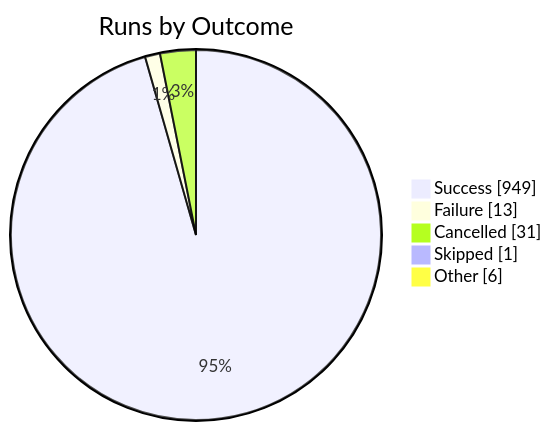
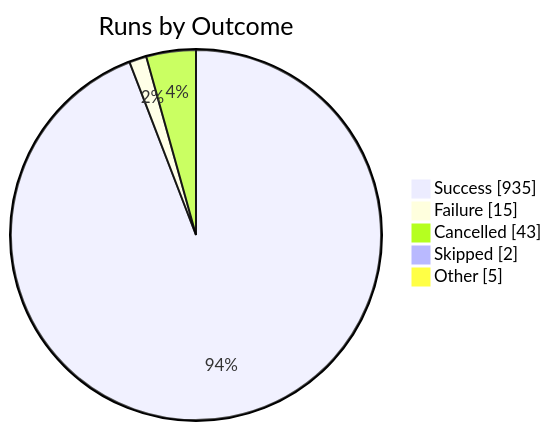
One commit to KBVE/kbve changed the first of 2 diagrams in apps/kbve/astro-kbve/src/content/docs/dashboard/ci-health.mdx. Above: the diagram before and after it, drawn with Mermaid. The commit also changed other lines of this file and 1 other file, not shown here.

````diff
--- a/apps/kbve/astro-kbve/src/content/docs/dashboard/ci-health.mdx
+++ b/apps/kbve/astro-kbve/src/content/docs/dashboard/ci-health.mdx
@@ -189,9 +189,9 @@
 ```mermaid
 pie showData
     title Runs by Outcome
-    "Success" : 949
-    "Failure" : 13
-    "Cancelled" : 31
-    "Skipped" : 1
-    "Other" : 6
+    "Success" : 935
+    "Failure" : 15
+    "Cancelled" : 43
+    "Skipped" : 2
+    "Other" : 5
 ```
````
